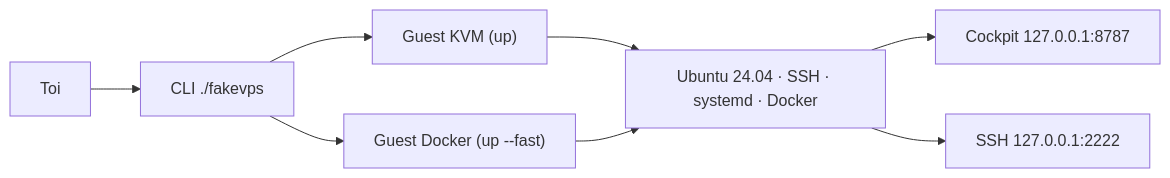
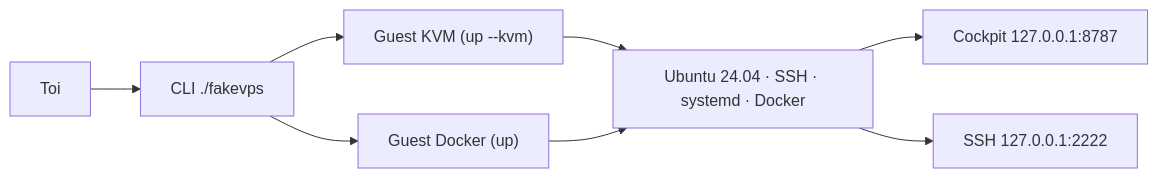
One commit to Mr-Aurevo-X/FakeVPS changed the second of 2 diagrams in README.md. Above: the diagram before and after it, drawn with Mermaid. The commit also changed other lines of this file and 8 other files, not shown here.

````diff
--- a/README.md
+++ b/README.md
@@ -147,10 +147,10 @@
 ```mermaid
 flowchart LR
     Toi[Toi] --> CLI["CLI ./fakevps"]
-    CLI --> KVM["Guest KVM (up)"]
-    CLI --> Fast["Guest Docker (up --fast)"]
+    CLI --> Fast["Guest Docker (up)"]
+    CLI --> KVM["Guest KVM (up --kvm)"]
     KVM --> Guest["Ubuntu 24.04 · SSH · systemd · Docker"]
     Fast --> Guest
     Guest --> Cockpit["Cockpit 127.0.0.1:8787"]
     Guest --> SSH["SSH 127.0.0.1:2222"]
 ```
````
